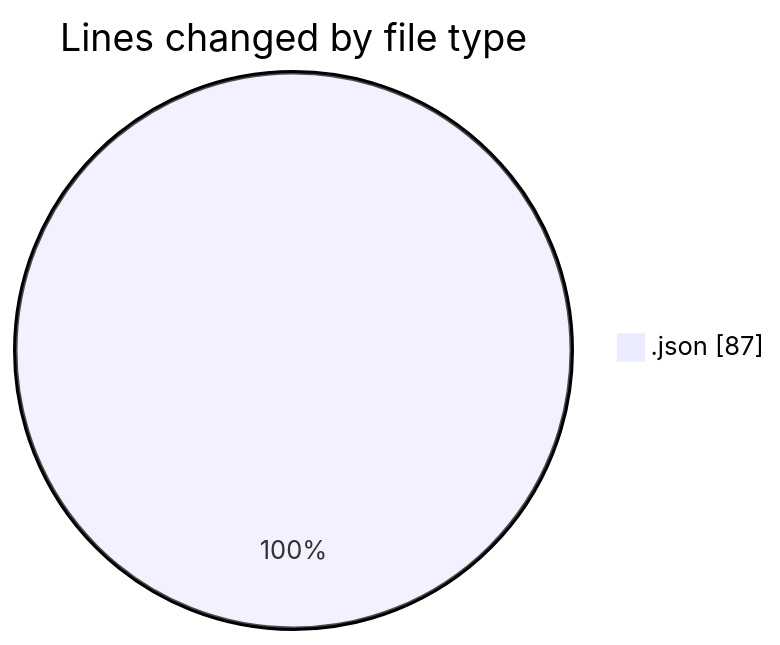
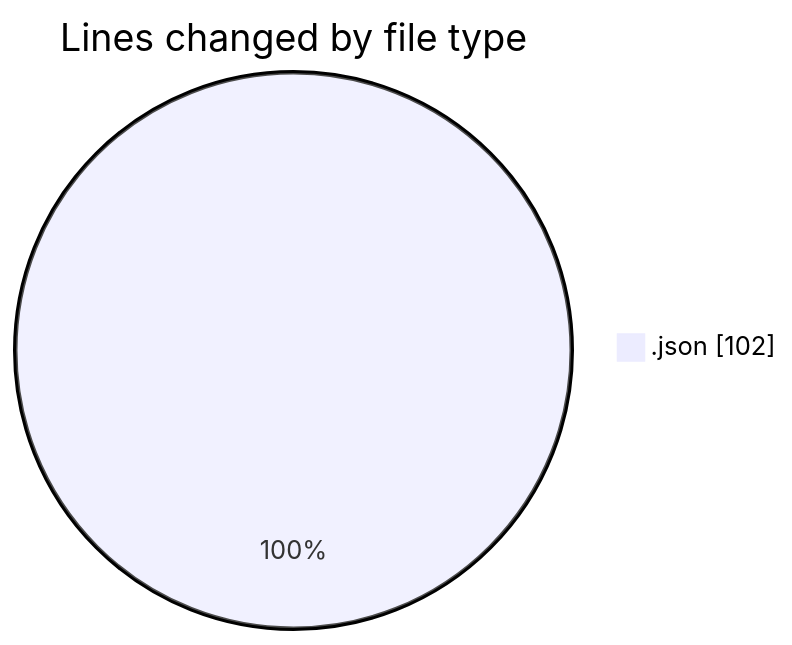
One commit to EIIisD/code-tracking changed the first of 2 diagrams in 2025-07-29/refunds/README.md. Above: the diagram before and after it, drawn with Mermaid. The commit also changed other lines of this file and 1 other file, not shown here.

````diff
--- a/2025-07-29/refunds/README.md
+++ b/2025-07-29/refunds/README.md
@@ -20,5 +20,5 @@
 ```mermaid
 pie showData
 title Lines changed by file type
-".json" : 87
+".json" : 102
 ```
````
